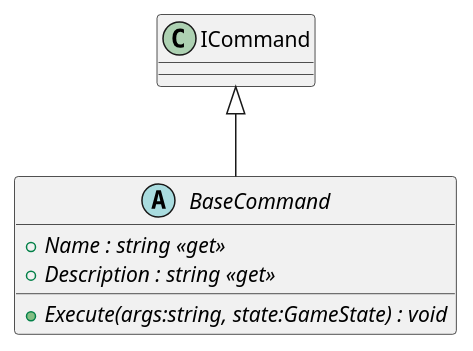
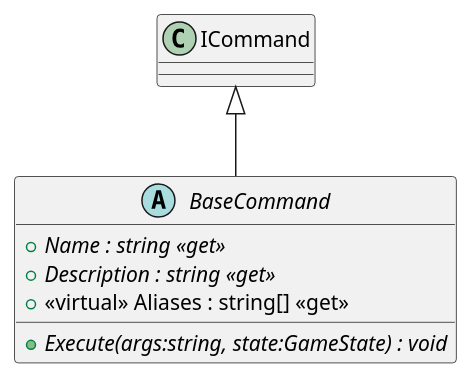
The diagram in RPG/puml_export/src/Commands/Base/BaseCommand.puml (Beans69584/rpg), drawn with PlantUML before and after one commit. The commit also changed 107 other files, not shown here.

```diff
--- a/RPG/puml_export/src/Commands/Base/BaseCommand.puml
+++ b/RPG/puml_export/src/Commands/Base/BaseCommand.puml
@@ -1,8 +1,9 @@
 @startuml
 abstract class BaseCommand {
     + {abstract} Name : string <<get>>
     + {abstract} Description : string <<get>>
+    + <<virtual>> Aliases : string[] <<get>>
     + {abstract} Execute(args:string, state:GameState) : void
 }
 ICommand <|-- BaseCommand
 @enduml
```
